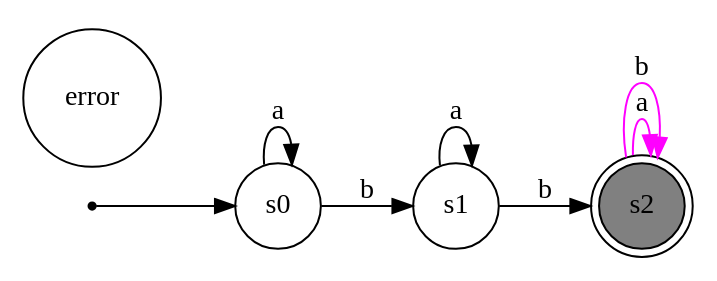
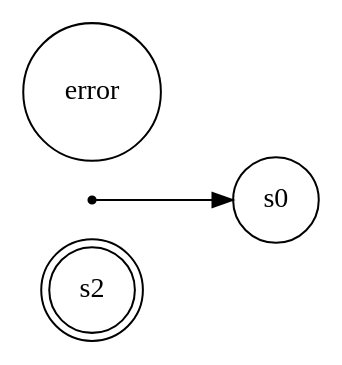
Before and after one commit to lukaz-r/AFD-animator: the diagram in dotfiles/arq_5.dot, drawn with Graphviz. The commit also changed 19 other files, not shown here.

```diff
--- a/dotfiles/arq_5.dot
+++ b/dotfiles/arq_5.dot
@@ -1,19 +1,12 @@
 digraph maquina_de_estados { 
 	rankdir=LR;
 	size="10"
 	node [shape = doublecircle];
 	s2
 	node [shape = point];
 	p
 	node [shape = circle];
 	error [style=filled, fillcolor=white];
 	p -> s0
 	node [shape = circle];
-	s2[style=filled, fillcolor=gray]
-	s0 -> s0[label = "a"][color=black];
-	s0 -> s1[label = "b"][color=black];
-	s1 -> s1[label = "a"][color=black];
-	s1 -> s2[label = "b"][color=black];
-	s2 -> s2[label = "a"][color=magenta];
-	s2 -> s2[label = "b"][color=magenta];
 	}
```
